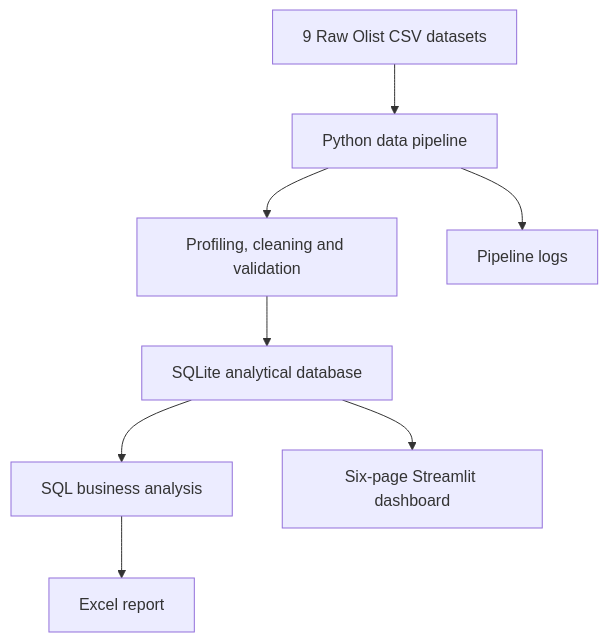
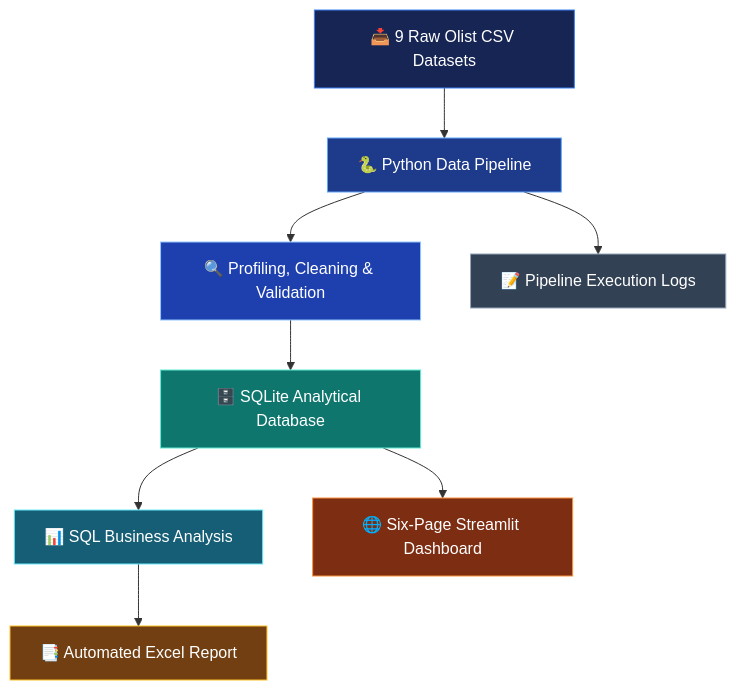
One commit to Tuberamesh/ecommerce-automation-system changed the diagram in README.md. Above: the diagram before and after it, drawn with Mermaid. The commit also changed other lines of this file, not shown here.

````diff
--- a/README.md
+++ b/README.md
@@ -21,10 +68,25 @@
 ```mermaid
 flowchart TD
-    A["9 Raw Olist CSV datasets"] --> B["Python data pipeline"]
-    B --> C["Profiling, cleaning and validation"]
-    C --> D["SQLite analytical database"]
-    D --> E["SQL business analysis"]
-    E --> F["Excel report"]
-    D --> G["Six-page Streamlit dashboard"]
-    B --> H["Pipeline logs"]
+    A["📥 9 Raw Olist CSV Datasets"] --> B["🐍 Python Data Pipeline"]
+
+    B --> C["🔍 Profiling, Cleaning & Validation"]
+
+    C --> D["🗄️ SQLite Analytical Database"]
+
+    D --> E["📊 SQL Business Analysis"]
+
+    E --> F["📑 Automated Excel Report"]
+
+    D --> G["🌐 Six-Page Streamlit Dashboard"]
+
+    B --> H["📝 Pipeline Execution Logs"]
+
+    style A fill:#172554,color:#fff,stroke:#3b82f6
+    style B fill:#1e3a8a,color:#fff,stroke:#60a5fa
+    style C fill:#1e40af,color:#fff,stroke:#93c5fd
+    style D fill:#0f766e,color:#fff,stroke:#5eead4
+    style E fill:#155e75,color:#fff,stroke:#67e8f9
+    style F fill:#713f12,color:#fff,stroke:#fbbf24
+    style G fill:#7c2d12,color:#fff,stroke:#fb923c
+    style H fill:#334155,color:#fff,stroke:#94a3b8
 ```
````
